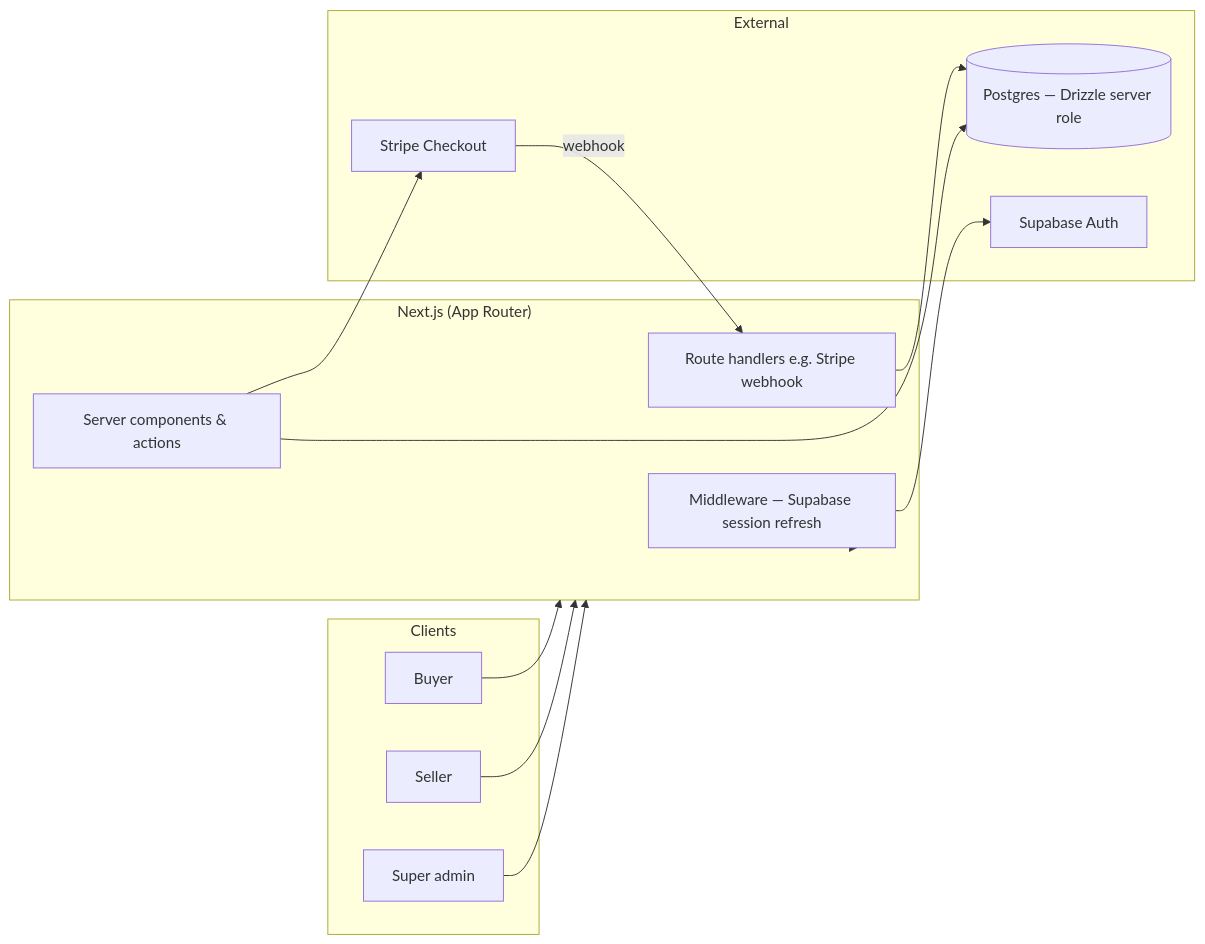
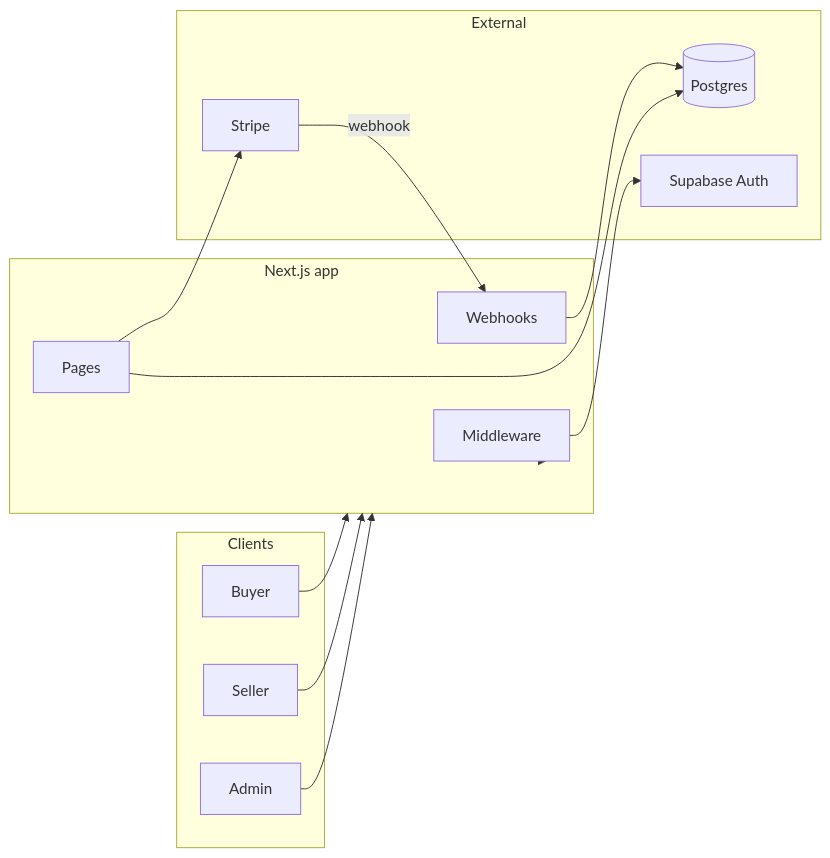
The first of 2 diagrams in README.md (wencano/shopwell), drawn with Mermaid before and after one commit. The commit also changed other lines of this file, not shown here.

Commit message:
docs: fix Mermaid sequence parse error and simplify diagram labels
Made-with: Cursor

````diff
--- a/README.md
+++ b/README.md
@@ -19,27 +19,27 @@
 ```mermaid
 flowchart LR
   subgraph Clients
     B[Buyer]
     S[Seller]
-    A[Super admin]
+    A[Admin]
   end
-  subgraph Next["Next.js (App Router)"]
-    MW[Middleware — Supabase session refresh]
-    Pages[Server components & actions]
-    API[Route handlers e.g. Stripe webhook]
+  subgraph App["Next.js app"]
+    MW[Middleware]
+    Pages[Pages]
+    API[Webhooks]
   end
   subgraph External
-    SBAuth[Supabase Auth]
-    PG[(Postgres — Drizzle server role)]
-    Stripe[Stripe Checkout]
+    SBAuth["Supabase Auth"]
+    PG[("Postgres")]
+    Pay[Stripe]
   end
-  B --> Next
-  S --> Next
-  A --> Next
-  Next --> MW
+  B --> App
+  S --> App
+  A --> App
+  App --> MW
   MW --> SBAuth
   Pages --> PG
-  Pages --> Stripe
+  Pages --> Pay
   API --> PG
-  Stripe -->|webhook| API
+  Pay -->|webhook| API
 ```
````
